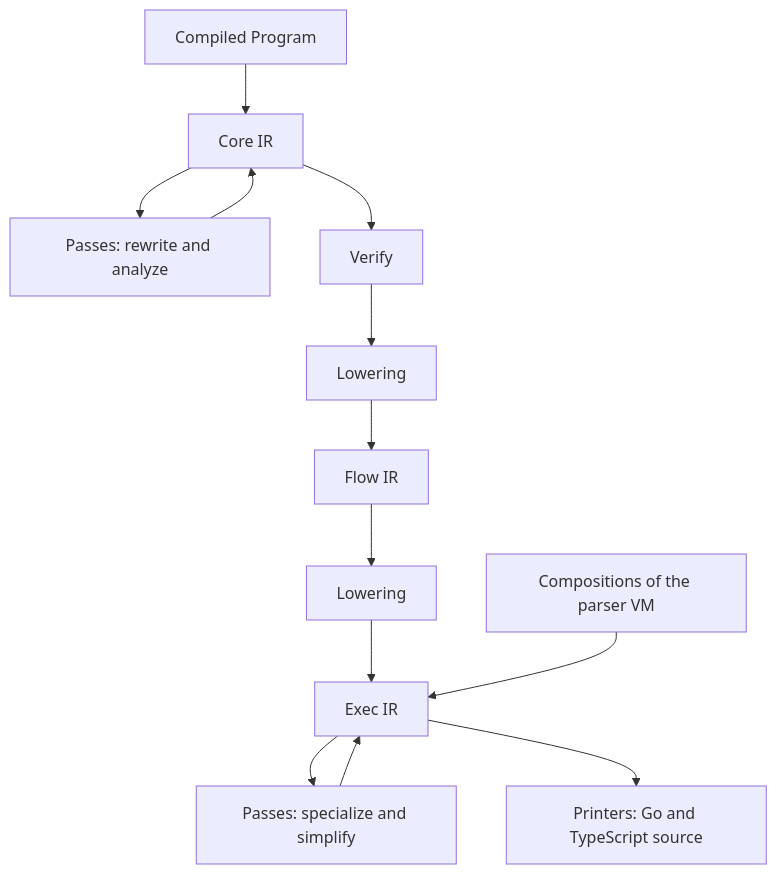
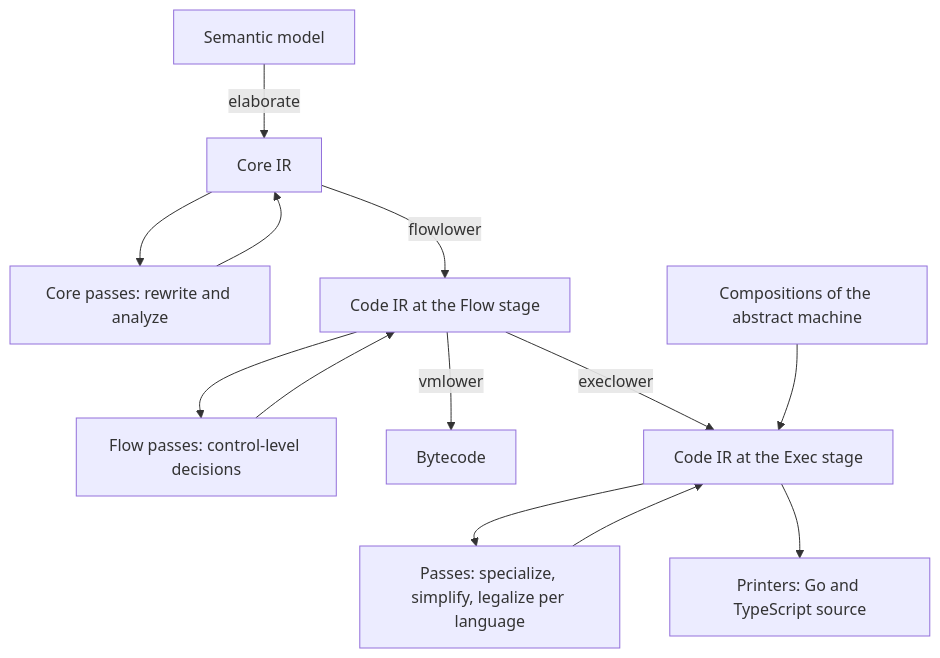
The diagram in docs/design/intermediate-representations.md (zeroparse/zp), drawn with Mermaid before and after one commit. The commit also changed other lines of this file and 5 other files, not shown here.

First line of the commit message:
Align the design pages with the target architecture

````diff
--- a/docs/design/intermediate-representations.md
+++ b/docs/design/intermediate-representations.md
@@ -13,15 +25,15 @@
 ```mermaid
 flowchart TD
-  prog["Compiled Program"] --> core["Core IR"]
-  core --> p["Passes: rewrite and analyze"]
+  sem["Semantic model"] -->|elaborate| core["Core IR"]
+  core --> p["Core passes: rewrite and analyze"]
   p --> core
-  core --> ver["Verify"]
-  ver --> low["Lowering"]
-  low --> flow["Flow IR"]
-  flow --> el["Lowering"]
-  el --> exec["Exec IR"]
-  comp["Compositions of the parser VM"] --> exec
-  exec --> xp["Passes: specialize and simplify"]
+  core -->|flowlower| flow["Code IR at the Flow stage"]
+  flow --> fp["Flow passes: control-level decisions"]
+  fp --> flow
+  flow -->|vmlower| bc["Bytecode"]
+  flow -->|execlower| exec["Code IR at the Exec stage"]
+  comp["Compositions of the abstract machine"] --> exec
+  exec --> xp["Passes: specialize, simplify, legalize per language"]
   xp --> exec
   exec --> out["Printers: Go and TypeScript source"]
 ```
````
